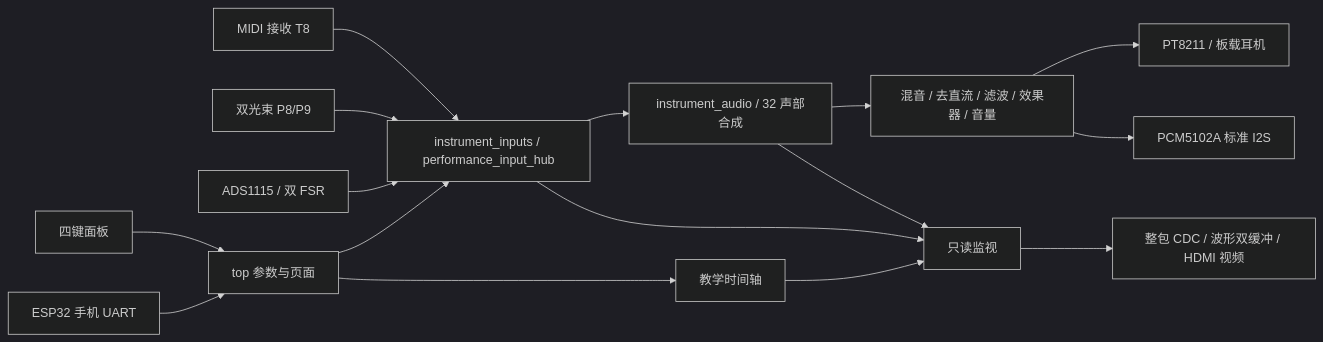
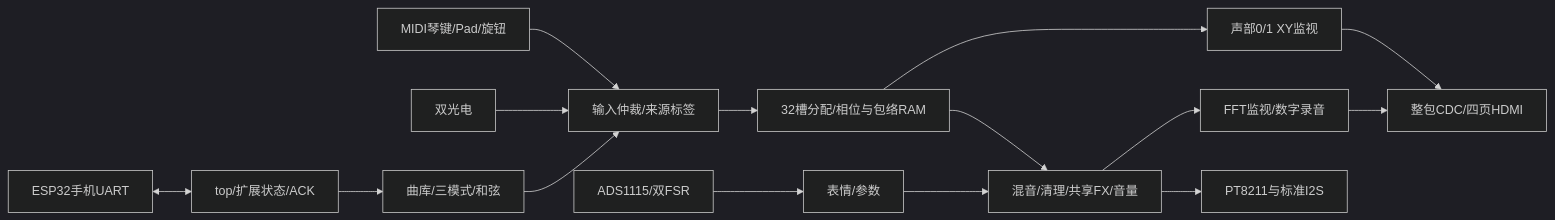
One commit to qqqiiieee/fpga_gowin2 changed the diagram in docs/项目架构与模块说明.md. Above: the diagram before and after it, drawn with Mermaid (dark theme). The commit also changed other lines of this file and 329 other files, not shown here.

````diff
--- a/docs/项目架构与模块说明.md
+++ b/docs/项目架构与模块说明.md
@@ -13,18 +5,17 @@
 ```mermaid
 flowchart LR
- MIDI[MIDI 接收 T8] --> INPUT[instrument_inputs / performance_input_hub]
- OPT[双光束 P8/P9] --> INPUT
- ADC[ADS1115 / 双 FSR] --> INPUT
- INPUT --> AUDIO[instrument_audio / 32 声部合成]
- AUDIO --> FX[混音 / 去直流 / 滤波 / 效果器 / 音量]
- FX --> PT[PT8211 / 板载耳机]
- FX --> I2S[PCM5102A 标准 I2S]
- PANEL[四键面板] --> TOP[top 参数与页面]
- PHONE[ESP32 手机 UART] --> TOP
- TOP --> INPUT
- TOP --> GUIDE[教学时间轴]
- AUDIO --> MON[只读监视]
- INPUT --> MON
- GUIDE --> MON
- MON --> HDMI[整包 CDC / 波形双缓冲 / HDMI 视频]
+ MIDI[MIDI琴键/Pad/旋钮] --> HUB[输入仲裁/来源标签]
+ OPT[双光电] --> HUB
+ FSR[ADS1115/双FSR] --> CTRL[表情/参数]
+ HUB --> VOICE[32槽分配/相位与包络RAM]
+ GUIDE[曲库/三模式/和弦] --> HUB
+ VOICE --> FX[混音/清理/共享FX/音量]
+ CTRL --> FX
+ FX --> AUDIO[PT8211与标准I2S]
+ FX --> FFT[FFT监视/数字录音]
+ VOICE --> XY[声部0/1 XY监视]
+ PHONE[ESP32手机UART] <--> TOP[top/扩展状态/ACK]
+ TOP --> GUIDE
+ FFT --> HDMI[整包CDC/四页HDMI]
+ XY --> HDMI
 ```
````
